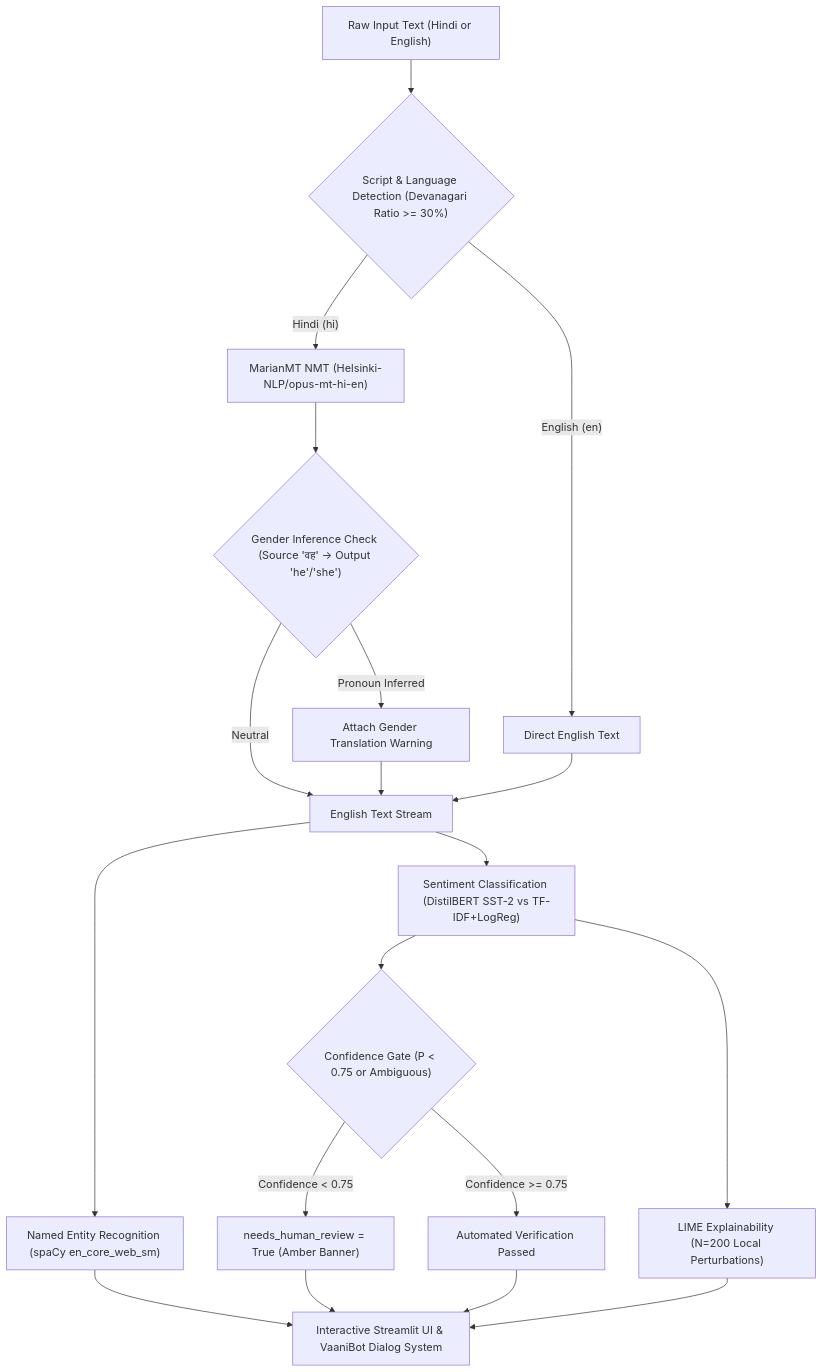
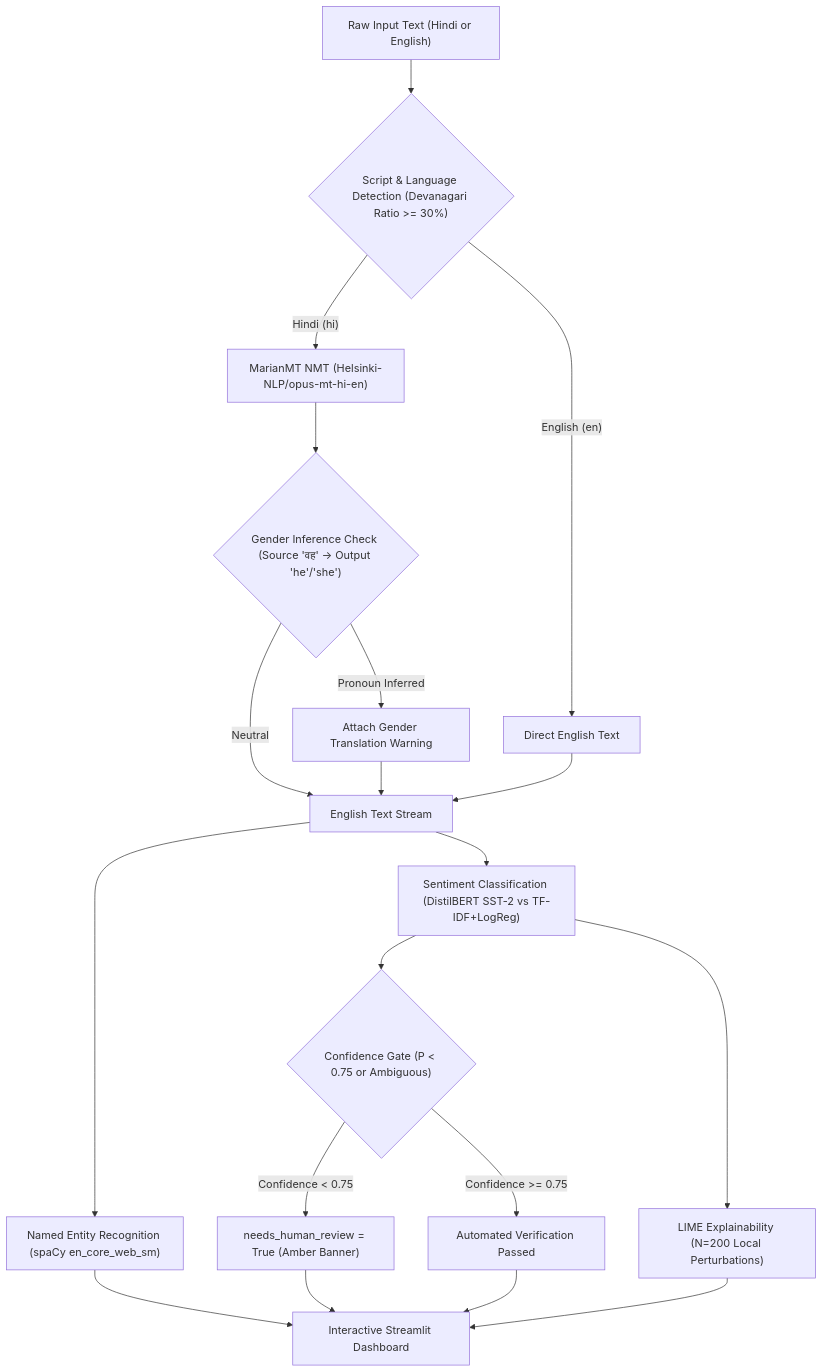
The diagram in reports/REPORT.md (Aria-vis/VaaniLens), drawn with Mermaid before and after one commit. The commit also changed other lines of this file and 12 other files, not shown here.

Commit message:
feat: completely remove VaaniBot dialogue assistant across codebase, UI, and documentation

````diff
--- a/reports/REPORT.md
+++ b/reports/REPORT.md
@@ -28,21 +28,21 @@
 ```mermaid
 flowchart TD
     A["Raw Input Text (Hindi or English)"] --> B{"Script & Language Detection (Devanagari Ratio >= 30%)"}
     B -- "Hindi (hi)" --> C["MarianMT NMT (Helsinki-NLP/opus-mt-hi-en)"]
     B -- "English (en)" --> D["Direct English Text"]
     C --> E{"Gender Inference Check (Source 'वह' -> Output 'he'/'she')"}
     E -- "Pronoun Inferred" --> F["Attach Gender Translation Warning"]
     E -- "Neutral" --> G["English Text Stream"]
     F --> G
     D --> G
     G --> H["Sentiment Classification (DistilBERT SST-2 vs TF-IDF+LogReg)"]
     G --> I["Named Entity Recognition (spaCy en_core_web_sm)"]
     H --> J{"Confidence Gate (P < 0.75 or Ambiguous)"}
     J -- "Confidence < 0.75" --> K["needs_human_review = True (Amber Banner)"]
     J -- "Confidence >= 0.75" --> L["Automated Verification Passed"]
     H --> M["LIME Explainability (N=200 Local Perturbations)"]
-    I --> N["Interactive Streamlit UI & VaaniBot Dialog System"]
+    I --> N["Interactive Streamlit Dashboard"]
     K --> N
     L --> N
     M --> N
 ```
````
